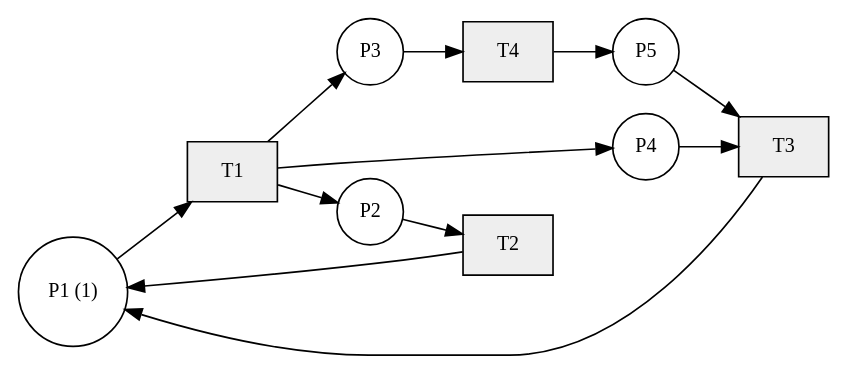
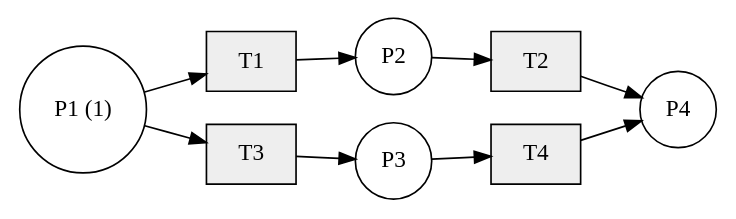
Before and after one commit to kimanh05/MHH-Petri-Nets: the diagram in visualization/petrinet.dot, drawn with Graphviz. The commit also changed 13 other files, not shown here.

```diff
--- a/visualization/petrinet.dot
+++ b/visualization/petrinet.dot
@@ -1,24 +1,19 @@
 digraph PetriNet {
     rankdir=LR;
-    node [fontsize=12];
     "P1" [shape=circle, label="P1 (1)"];
     "P2" [shape=circle, label="P2"];
     "P3" [shape=circle, label="P3"];
     "P4" [shape=circle, label="P4"];
-    "P5" [shape=circle, label="P5"];
     "T1" [shape=box, style=filled, fillcolor="#eeeeee"];
     "T2" [shape=box, style=filled, fillcolor="#eeeeee"];
     "T3" [shape=box, style=filled, fillcolor="#eeeeee"];
     "T4" [shape=box, style=filled, fillcolor="#eeeeee"];
     "P1" -> "T1";
     "T1" -> "P2";
-    "T1" -> "P3";
-    "T1" -> "P4";
     "P2" -> "T2";
-    "T2" -> "P1";
-    "P4" -> "T3";
-    "P5" -> "T3";
-    "T3" -> "P1";
+    "T2" -> "P4";
+    "P1" -> "T3";
+    "T3" -> "P3";
     "P3" -> "T4";
-    "T4" -> "P5";
+    "T4" -> "P4";
 }
```
